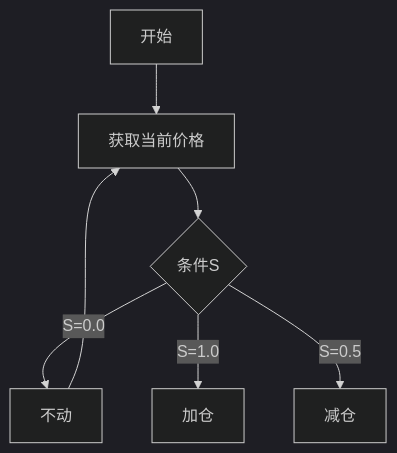
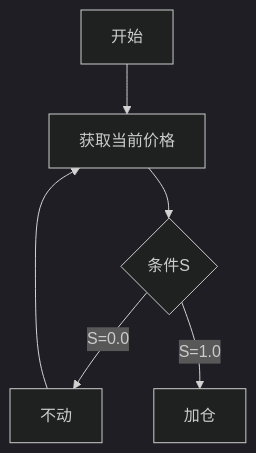
Before and after one commit to meiseguo/meiseguo: the diagram in README.md, drawn with Mermaid (dark theme).

Commit message:
更新 README.md

````diff
--- a/README.md
+++ b/README.md
@@ -19,9 +19,8 @@
 ```mermaid
 graph TD
 A[开始] --> B[获取当前价格]
 B --> C{条件S}
 C --> |S=0.0| D[不动]
 C --> |S=1.0| E[加仓]
-C --> |S=0.5| F[减仓]
 D --> B
 ```
````
